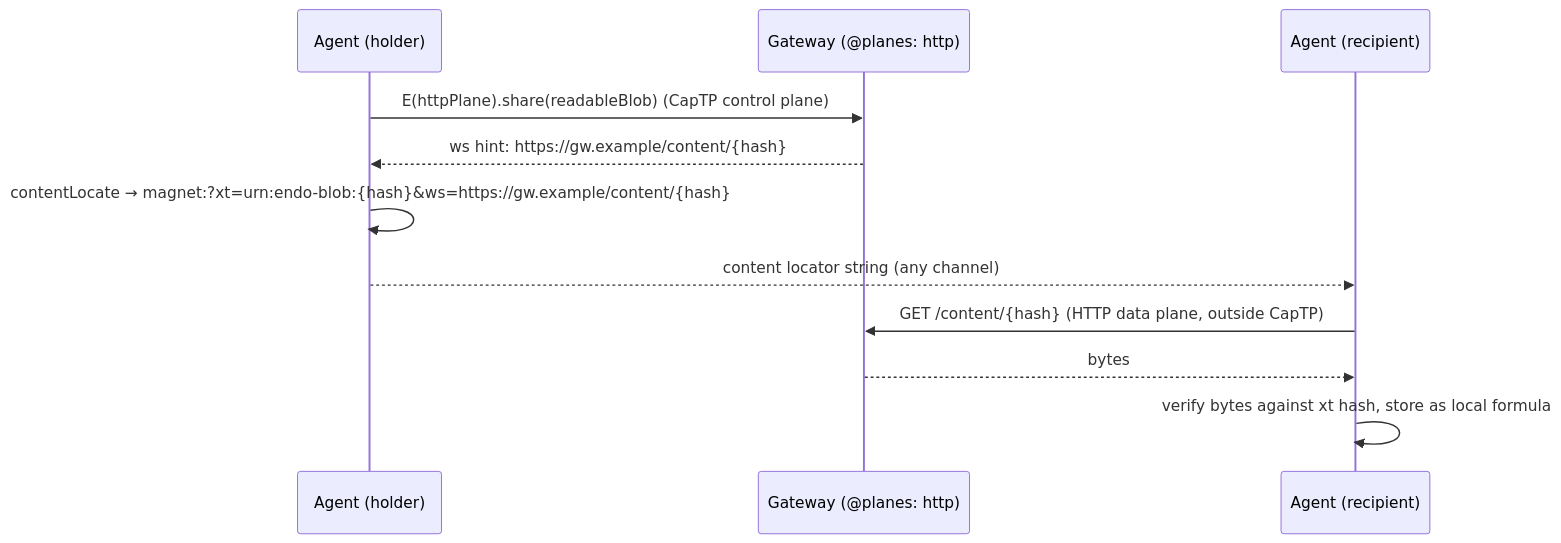
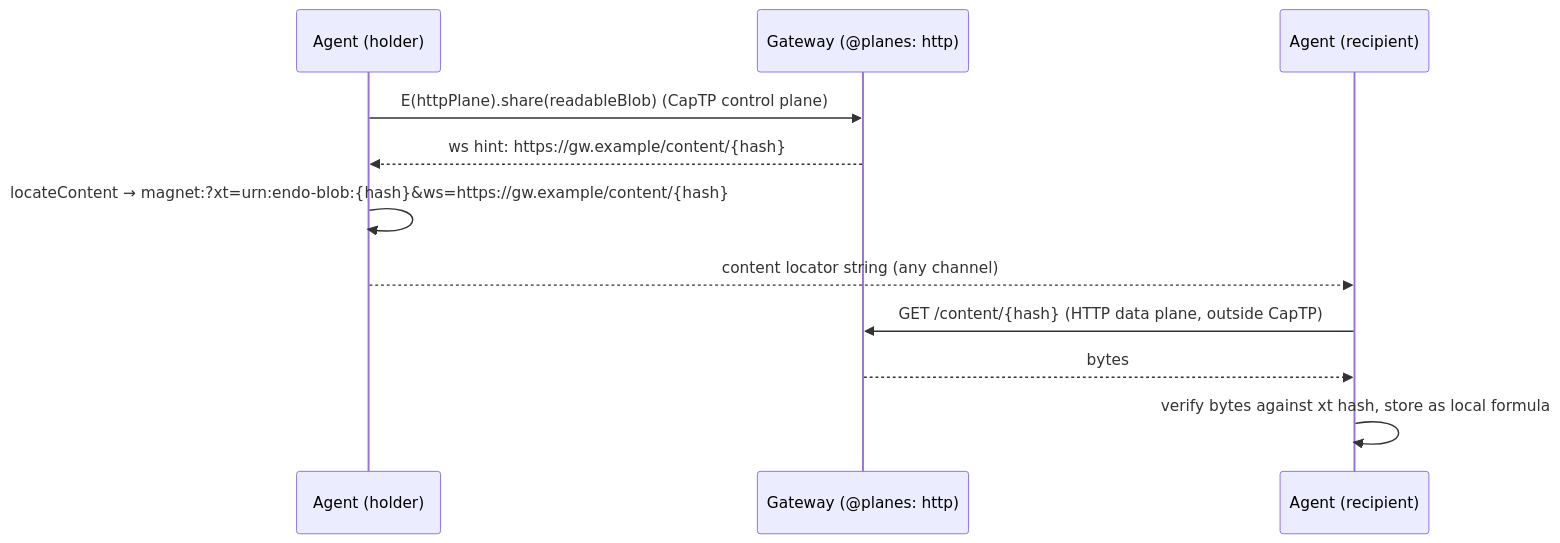
Before and after one commit to endojs/endo: the diagram in designs/endo-content-locators-magnet-urn.md, drawn with Mermaid. The commit also changed other lines of this file, not shown here.

First line of the commit message:
design(content-locators): resolve answered open questions into design decisions

````diff
--- a/designs/endo-content-locators-magnet-urn.md
+++ b/designs/endo-content-locators-magnet-urn.md
@@ -215,13 +218,13 @@
 ```mermaid
 sequenceDiagram
   participant A as Agent (holder)
   participant G as Gateway (@planes: http)
   participant B as Agent (recipient)
   A->>G: E(httpPlane).share(readableBlob)  (CapTP control plane)
   G-->>A: ws hint: https://gw.example/content/{hash}
-  A->>A: contentLocate → magnet:?xt=urn:endo-blob:{hash}&ws=https://gw.example/content/{hash}
+  A->>A: locateContent → magnet:?xt=urn:endo-blob:{hash}&ws=https://gw.example/content/{hash}
   A-->>B: content locator string (any channel)
   B->>G: GET /content/{hash}   (HTTP data plane, outside CapTP)
   G-->>B: bytes
   B->>B: verify bytes against xt hash, store as local formula
 ```
````
